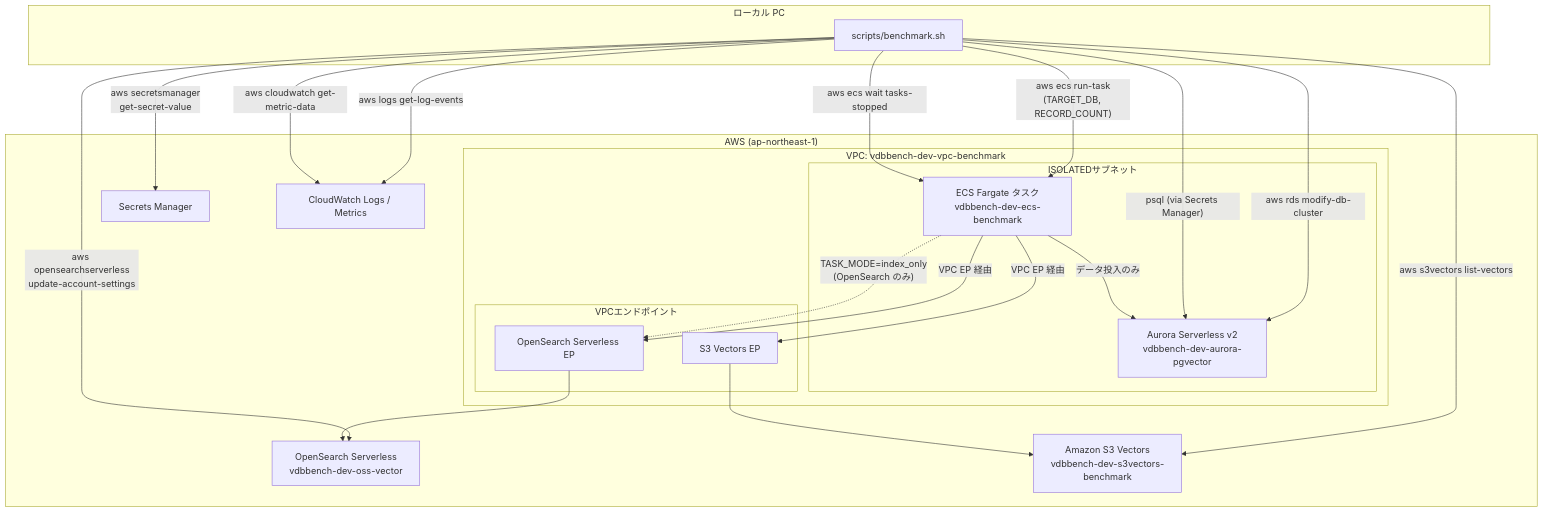
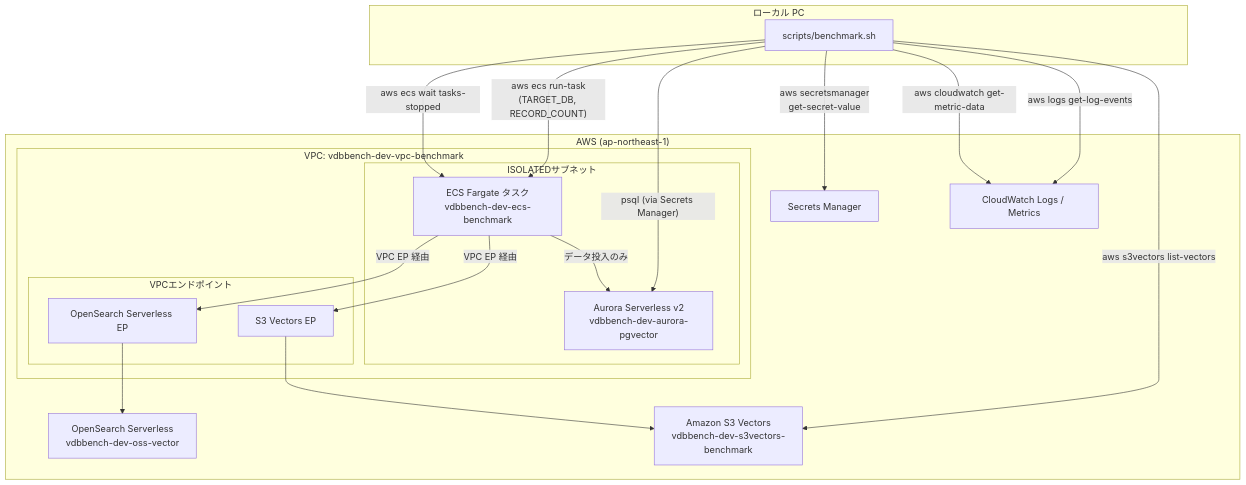
The first of 2 diagrams in .kiro/specs/04-benchmark-shell-script/design.md (satoshi256kbyte/vector-db-benchmark), drawn with Mermaid before and after one commit. The commit also changed other lines of this file and 13 other files, not shown here.

````diff
--- a/.kiro/specs/04-benchmark-shell-script/design.md
+++ b/.kiro/specs/04-benchmark-shell-script/design.md
@@ -38,40 +24,36 @@
 ```mermaid
 graph TB
     subgraph LocalPC["ローカル PC"]
         Script["scripts/benchmark.sh"]
     end
 
     subgraph AWS["AWS (ap-northeast-1)"]
         subgraph VPC["VPC: vdbbench-dev-vpc-benchmark"]
             subgraph PrivateSubnet["ISOLATEDサブネット"]
                 ECS["ECS Fargate タスク<br/>vdbbench-dev-ecs-benchmark"]
                 Aurora["Aurora Serverless v2<br/>vdbbench-dev-aurora-pgvector"]
             end
             subgraph VPCEndpoints["VPCエンドポイント"]
                 EP_OS["OpenSearch Serverless EP"]
                 EP_S3V["S3 Vectors EP"]
             end
         end
 
         OSS["OpenSearch Serverless<br/>vdbbench-dev-oss-vector"]
         S3V["Amazon S3 Vectors<br/>vdbbench-dev-s3vectors-benchmark"]
         SM["Secrets Manager"]
         CW["CloudWatch Logs / Metrics"]
     end
 
-    Script -->|"aws rds modify-db-cluster"| Aurora
-    Script -->|"aws opensearchserverless<br/>update-account-settings"| OSS
     Script -->|"aws ecs run-task<br/>(TARGET_DB, RECORD_COUNT)"| ECS
     Script -->|"aws ecs wait tasks-stopped"| ECS
     Script -->|"psql (via Secrets Manager)"| Aurora
     Script -->|"aws s3vectors list-vectors"| S3V
     Script -->|"aws logs get-log-events"| CW
     Script -->|"aws cloudwatch get-metric-data"| CW
     Script -->|"aws secretsmanager<br/>get-secret-value"| SM
 
     ECS -->|"データ投入のみ"| Aurora
     ECS -->|"VPC EP 経由"| EP_OS --> OSS
     ECS -->|"VPC EP 経由"| EP_S3V --> S3V
-
-    ECS -.->|"TASK_MODE=index_only<br/>(OpenSearch のみ)"| EP_OS
 ```
````
